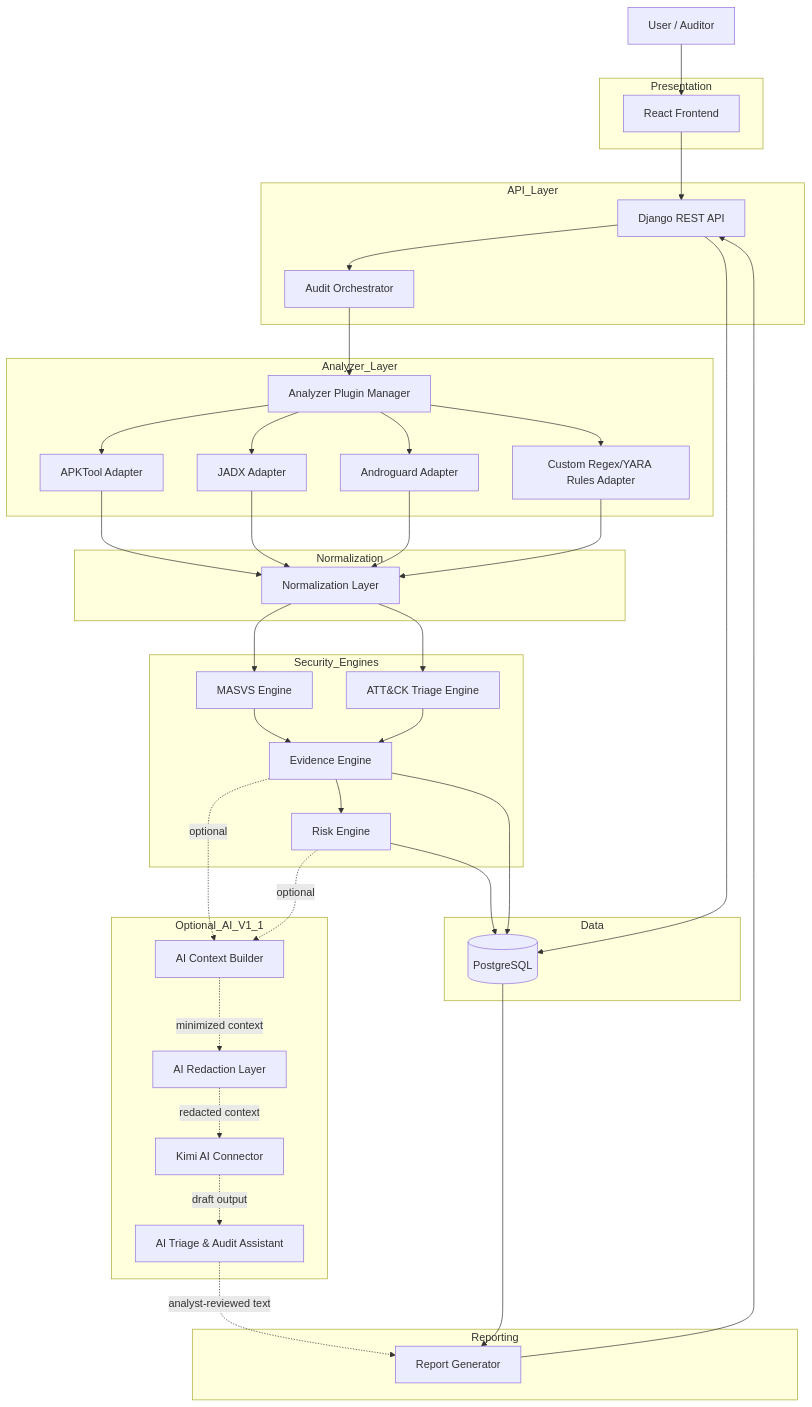
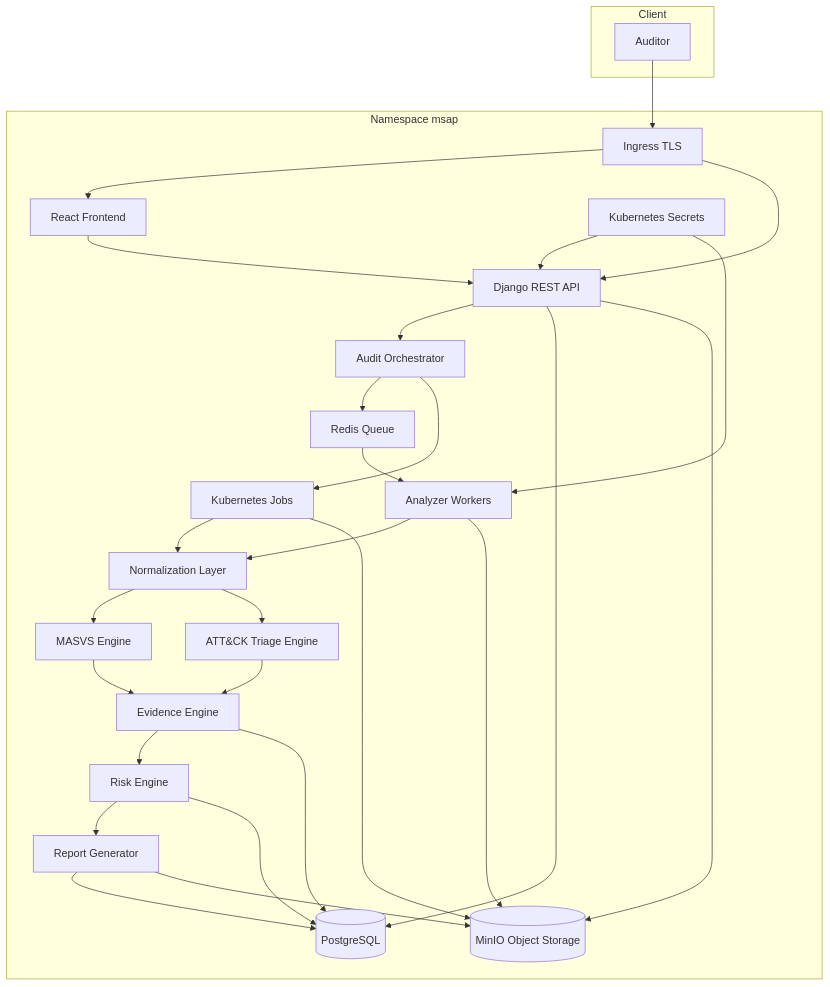
The diagram in docs/03_Architecture/05_Component_Diagram.md (nine11-tech/MSAP), drawn with Mermaid before and after one commit. The commit also changed other lines of this file and 44 other files, not shown here.

Commit message:
Pivot MSAP to cloud-native Kubernetes architecture

````diff
--- a/docs/03_Architecture/05_Component_Diagram.md
+++ b/docs/03_Architecture/05_Component_Diagram.md
@@ -3,76 +3,50 @@
 ```mermaid
 flowchart TB
-    Auditor[User / Auditor]
-
-    subgraph Presentation
-        FE[React Frontend]
+    subgraph Client
+      U[Auditor]
     end
-
-    subgraph API_Layer
-        API[Django REST API]
-        ORCH[Audit Orchestrator]
+    subgraph Kubernetes[Namespace msap]
+      ING[Ingress TLS]
+      FE[React Frontend]
+      API[Django REST API]
+      ORCH[Audit Orchestrator]
+      Q[Redis Queue]
+      W[Analyzer Workers]
+      KJ[Kubernetes Jobs]
+      N[Normalization Layer]
+      M[MASVS Engine]
+      A[ATT&CK Triage Engine]
+      E[Evidence Engine]
+      R[Risk Engine]
+      RG[Report Generator]
+      DB[(PostgreSQL)]
+      S3[(MinIO Object Storage)]
+      SEC[Kubernetes Secrets]
     end
-
-    subgraph Analyzer_Layer
-        PM[Analyzer Plugin Manager]
-        APK[APKTool Adapter]
-        JADX[JADX Adapter]
-        AG[Androguard Adapter]
-        RY[Custom Regex/YARA Rules Adapter]
-    end
-
-    subgraph Normalization
-        NORM[Normalization Layer]
-    end
-
-    subgraph Security_Engines
-        MASVS[MASVS Engine]
-        ATTCK[ATT&CK Triage Engine]
-        EVID[Evidence Engine]
-        RISK[Risk Engine]
-    end
-
-    subgraph Data
-        DB[(PostgreSQL)]
-    end
-
-    subgraph Reporting
-        REPORT[Report Generator]
-    end
-
-    subgraph Optional_AI_V1_1
-        AICTX[AI Context Builder]
-        AIRED[AI Redaction Layer]
-        KIMI[Kimi AI Connector]
-        AIA[AI Triage & Audit Assistant]
-    end
-
-    Auditor --> FE
+    U --> ING
+    ING --> FE
+    ING --> API
     FE --> API
     API --> ORCH
-    ORCH --> PM
-    PM --> APK
-    PM --> JADX
-    PM --> AG
-    PM --> RY
-    APK --> NORM
-    JADX --> NORM
-    AG --> NORM
-    RY --> NORM
-    NORM --> MASVS
-    NORM --> ATTCK
-    MASVS --> EVID
-    ATTCK --> EVID
-    EVID --> RISK
-    RISK --> DB
-    EVID --> DB
+    ORCH --> Q
+    Q --> W
+    ORCH --> KJ
+    W --> N
+    KJ --> N
+    N --> M
+    N --> A
+    M --> E
+    A --> E
+    E --> R
+    R --> RG
     API --> DB
-    EVID -. optional .-> AICTX
-    RISK -. optional .-> AICTX
-    AICTX -. minimized context .-> AIRED
-    AIRED -. redacted context .-> KIMI
-    KIMI -. draft output .-> AIA
-    AIA -. analyst-reviewed text .-> REPORT
-    DB --> REPORT
-    REPORT --> API
+    E --> DB
+    R --> DB
+    RG --> DB
+    API --> S3
+    W --> S3
+    KJ --> S3
+    RG --> S3
+    SEC --> API
+    SEC --> W
 ```
````
